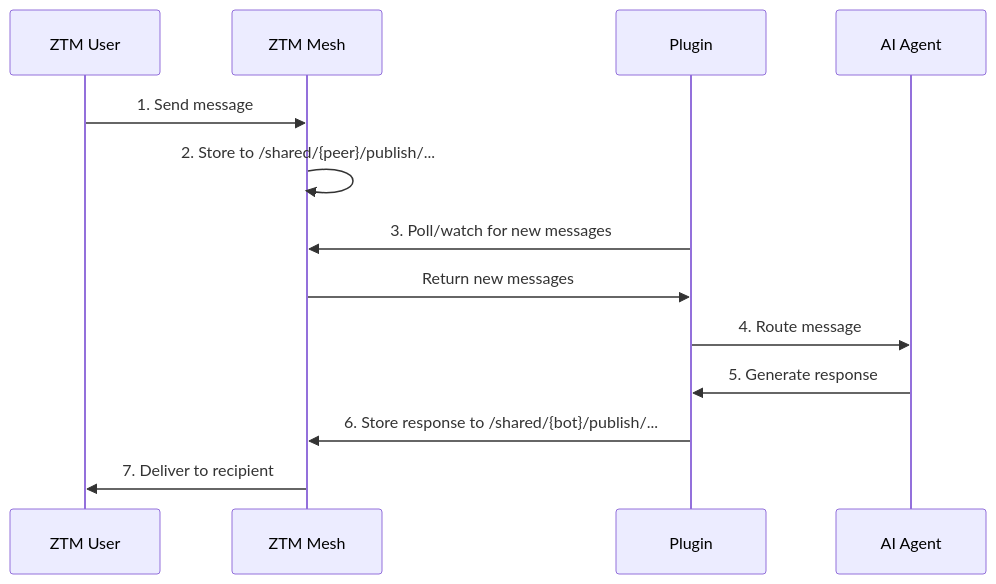
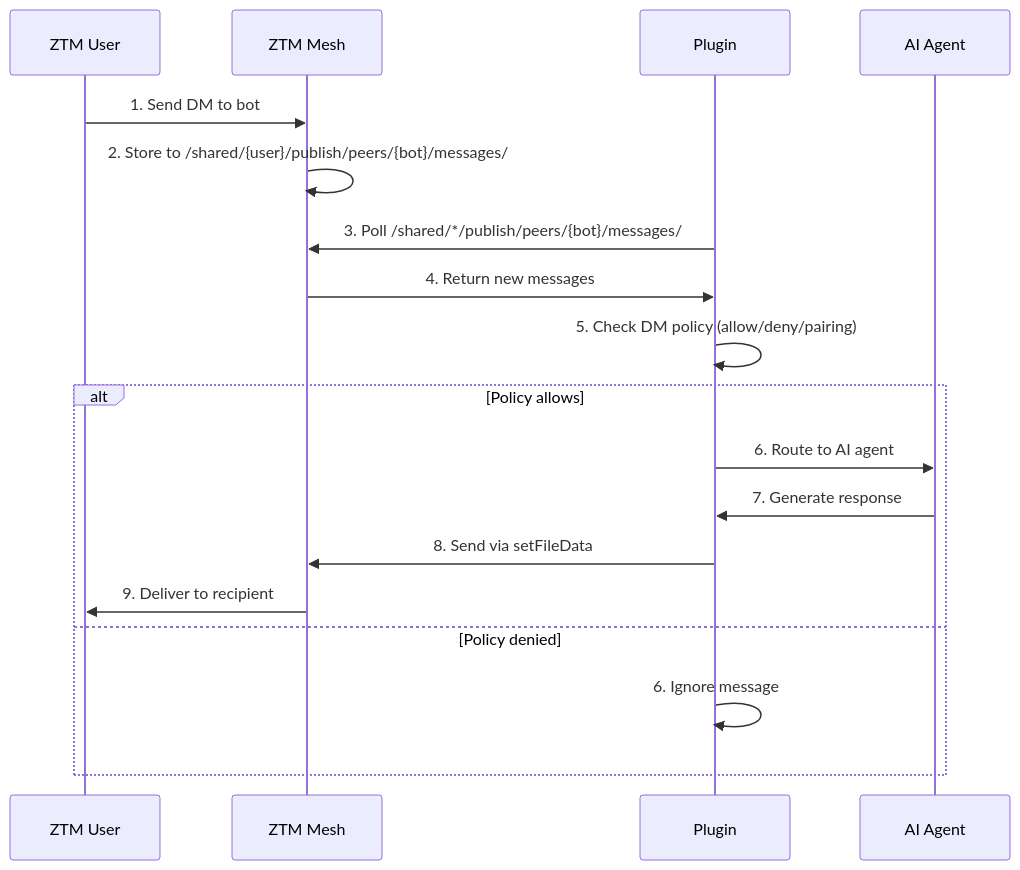
Before and after one commit to flomesh-io/ztm: the third of 4 diagrams in extensions/ztm-chat/README.md, drawn with Mermaid. The commit also changed other lines of this file, not shown here.

First line of the commit message:
docs(ztm-chat): enhance Message Flow documentation

````diff
--- a/extensions/ztm-chat/README.md
+++ b/extensions/ztm-chat/README.md
@@ -414,16 +416,21 @@
 ```mermaid
 sequenceDiagram
     participant U as ZTM User
     participant M as ZTM Mesh
     participant P as Plugin
     participant A as AI Agent
 
-    U->>M: 1. Send message
-    M->>M: 2. Store to /shared/{peer}/publish/...
-    P->>M: 3. Poll/watch for new messages
-    M->>P: Return new messages
-    P->>A: 4. Route message
-    A->>P: 5. Generate response
-    P->>M: 6. Store response to /shared/{bot}/publish/...
-    M->>U: 7. Deliver to recipient
+    U->>M: 1. Send DM to bot
+    M->>M: 2. Store to /shared/{user}/publish/peers/{bot}/messages/
+    P->>M: 3. Poll /shared/*/publish/peers/{bot}/messages/
+    M->>P: 4. Return new messages
+    P->>P: 5. Check DM policy (allow/deny/pairing)
+    alt Policy allows
+        P->>A: 6. Route to AI agent
+        A->>P: 7. Generate response
+        P->>M: 8. Send via setFileData
+        M->>U: 9. Deliver to recipient
+    else Policy denied
+        P->>P: 6. Ignore message
+    end
 ```
````
